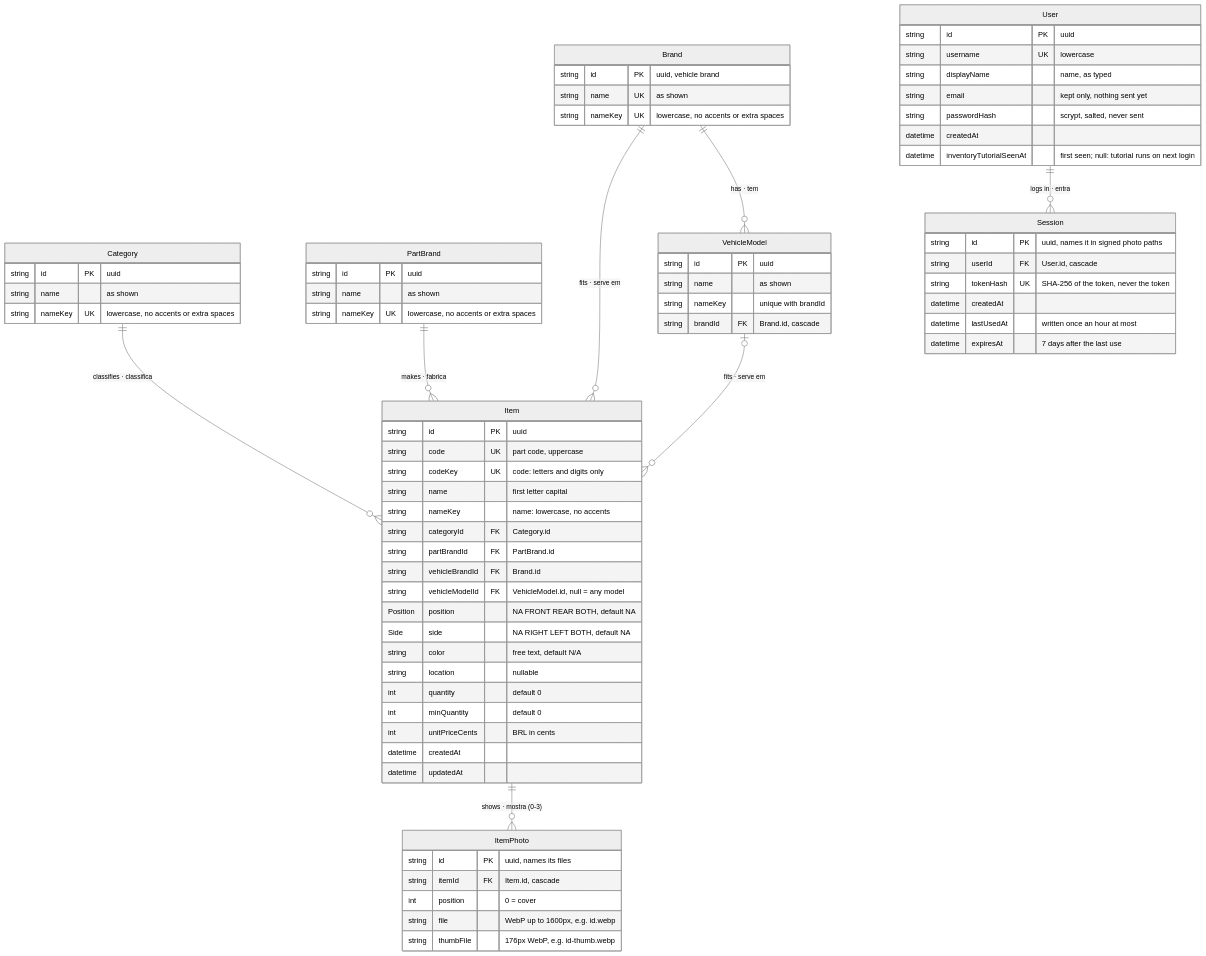
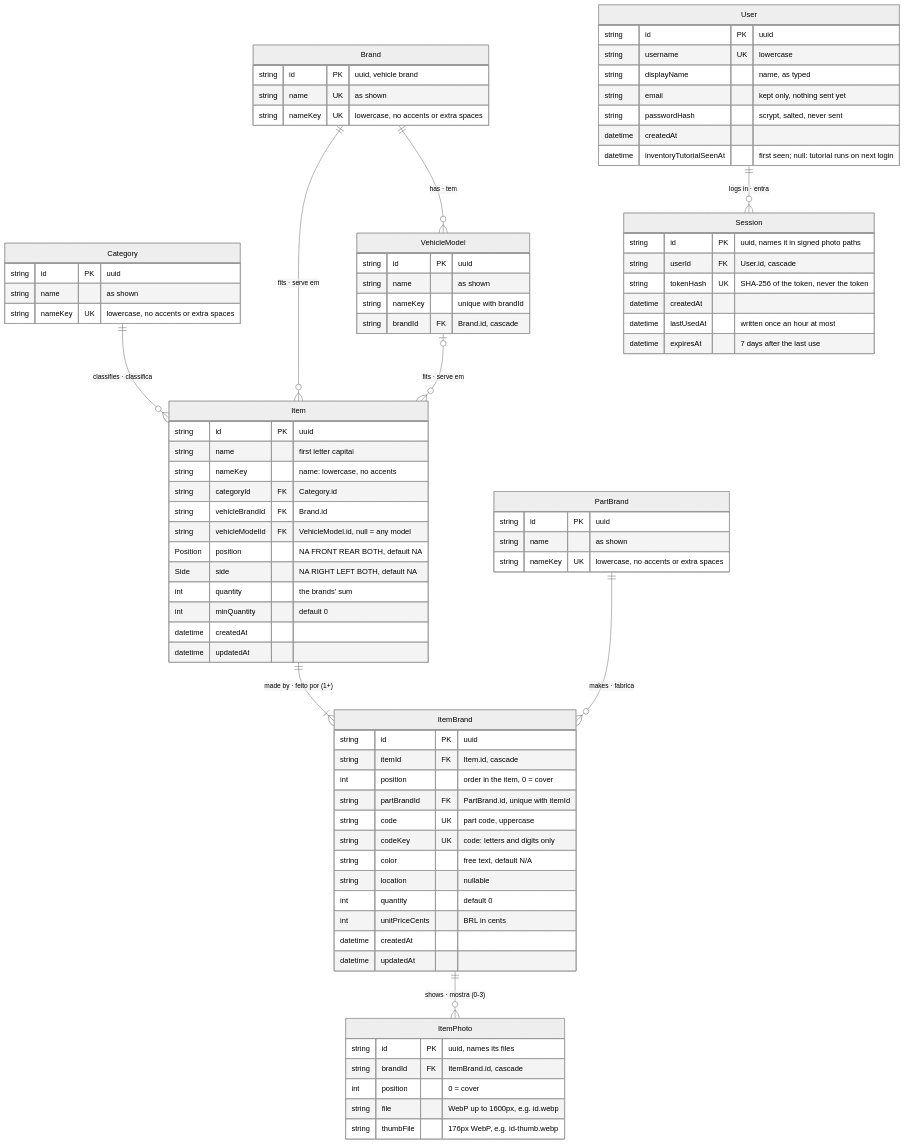
Before and after one commit to ChrisCamilo/apc-universal-repair: the diagram in docs/database.md, drawn with Mermaid (neutral theme). The commit also changed other lines of this file and 1 other file, not shown here.

Commit message:
docs: Describe items made by several brands

````diff
--- a/docs/database.md
+++ b/docs/database.md
@@ -11,36 +11,45 @@
 ```mermaid
 erDiagram
     Category ||--o{ Item : "classifies · classifica"
-    PartBrand ||--o{ Item : "makes · fabrica"
+    PartBrand ||--o{ ItemBrand : "makes · fabrica"
     Brand ||--o{ Item : "fits · serve em"
     Brand ||--o{ VehicleModel : "has · tem"
     VehicleModel |o--o{ Item : "fits · serve em"
-    Item ||--o{ ItemPhoto : "shows · mostra (0-3)"
+    Item ||--|{ ItemBrand : "made by · feito por (1+)"
+    ItemBrand ||--o{ ItemPhoto : "shows · mostra (0-3)"
     User ||--o{ Session : "logs in · entra"
 
     Item {
         string id PK "uuid"
-        string code UK "part code, uppercase"
-        string codeKey UK "code: letters and digits only"
         string name "first letter capital"
         string nameKey "name: lowercase, no accents"
         string categoryId FK "Category.id"
-        string partBrandId FK "PartBrand.id"
         string vehicleBrandId FK "Brand.id"
         string vehicleModelId FK "VehicleModel.id, null = any model"
         Position position "NA FRONT REAR BOTH, default NA"
         Side side "NA RIGHT LEFT BOTH, default NA"
+        int quantity "the brands' sum"
+        int minQuantity "default 0"
+        datetime createdAt
+        datetime updatedAt
+    }
+    ItemBrand {
+        string id PK "uuid"
+        string itemId FK "Item.id, cascade"
+        int position "order in the item, 0 = cover"
+        string partBrandId FK "PartBrand.id, unique with itemId"
+        string code UK "part code, uppercase"
+        string codeKey UK "code: letters and digits only"
         string color "free text, default N/A"
         string location "nullable"
         int quantity "default 0"
-        int minQuantity "default 0"
         int unitPriceCents "BRL in cents"
         datetime createdAt
         datetime updatedAt
     }
     ItemPhoto {
         string id PK "uuid, names its files"
-        string itemId FK "Item.id, cascade"
+        string brandId FK "ItemBrand.id, cascade"
         int position "0 = cover"
         string file "WebP up to 1600px, e.g. id.webp"
         string thumbFile "176px WebP, e.g. id-thumb.webp"
````
